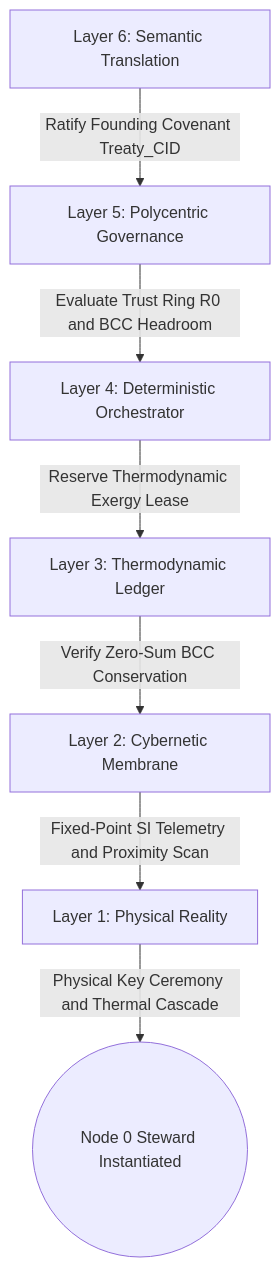
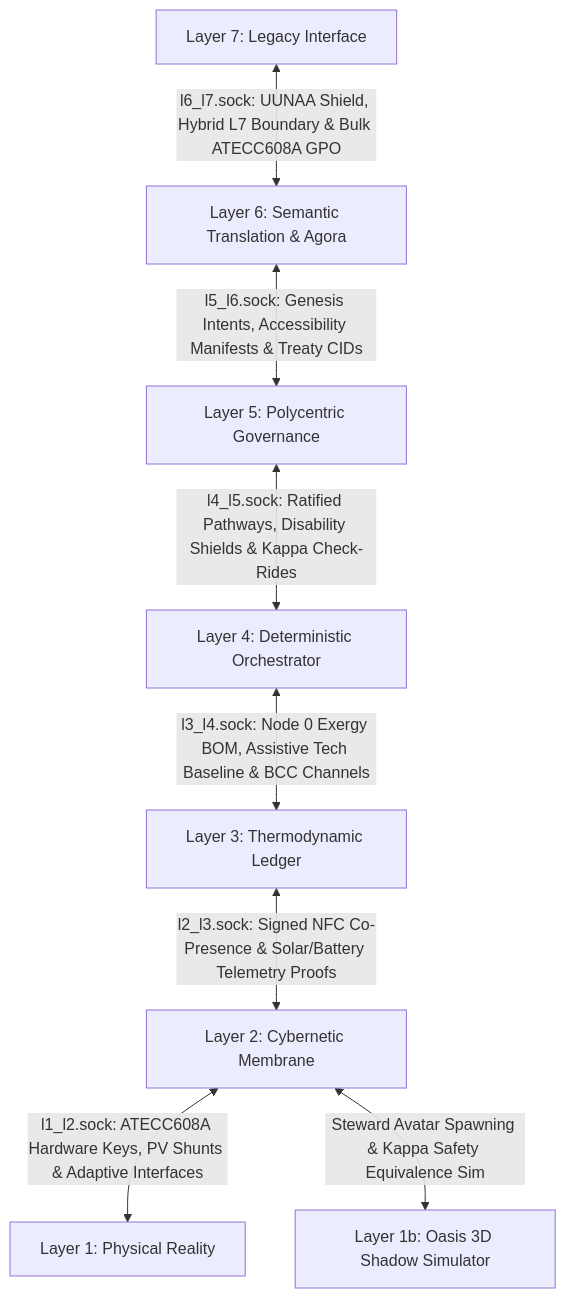
The second of 3 diagrams in docs/scenarios/tau_genesis.md (raffaine/collective), drawn with Mermaid before and after one commit. The commit also changed other lines of this file and 10 other files, not shown here.

Commit message:
docs(scenarios): expand Zero, Eta, Theta, Mu, Iota, Kappa, Lambda, Nu, Xi, and Tau specifications

````diff
--- a/docs/scenarios/tau_genesis.md
+++ b/docs/scenarios/tau_genesis.md
@@ -41,9 +88,10 @@
 ```mermaid
 graph TD
-    L6[Layer 6: Semantic Translation] -->|Ratify Founding Covenant Treaty_CID| L5[Layer 5: Polycentric Governance]
-    L5 -->|Evaluate Trust Ring R0 and BCC Headroom| L4[Layer 4: Deterministic Orchestrator]
-    L4 -->|Reserve Thermodynamic Exergy Lease| L3[Layer 3: Thermodynamic Ledger]
-    L3 -->|Verify Zero-Sum BCC Conservation| L2[Layer 2: Cybernetic Membrane]
-    L2 -->|Fixed-Point SI Telemetry and Proximity Scan| L1[Layer 1: Physical Reality]
-    L1 -->|Physical Key Ceremony and Thermal Cascade| End((Node 0 Steward Instantiated))
+    L7[Layer 7: Legacy Interface] <-->|l6_l7.sock: UUNAA Shield, Hybrid L7 Boundary & Bulk ATECC608A GPO| L6[Layer 6: Semantic Translation & Agora]
+    L6 <-->|l5_l6.sock: Genesis Intents, Accessibility Manifests & Treaty CIDs| L5[Layer 5: Polycentric Governance]
+    L5 <-->|l4_l5.sock: Ratified Pathways, Disability Shields & Kappa Check-Rides| L4[Layer 4: Deterministic Orchestrator]
+    L4 <-->|l3_l4.sock: Node 0 Exergy BOM, Assistive Tech Baseline & BCC Channels| L3[Layer 3: Thermodynamic Ledger]
+    L3 <-->|l2_l3.sock: Signed NFC Co-Presence & Solar/Battery Telemetry Proofs| L2[Layer 2: Cybernetic Membrane]
+    L2 <-->|l1_l2.sock: ATECC608A Hardware Keys, PV Shunts & Adaptive Interfaces| L1[Layer 1: Physical Reality]
+    L2 <-->|Steward Avatar Spawning & Kappa Safety Equivalence Sim| L1b[Layer 1b: Oasis 3D Shadow Simulator]
 ```
````
